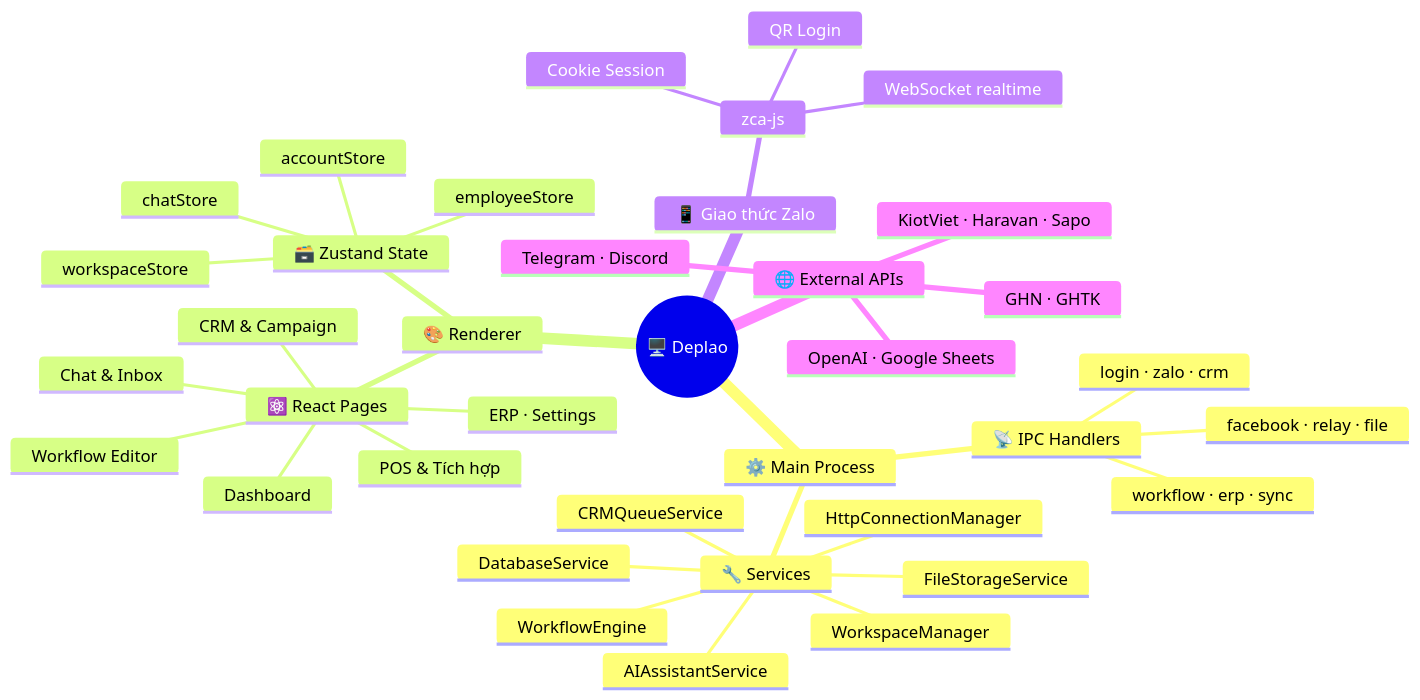
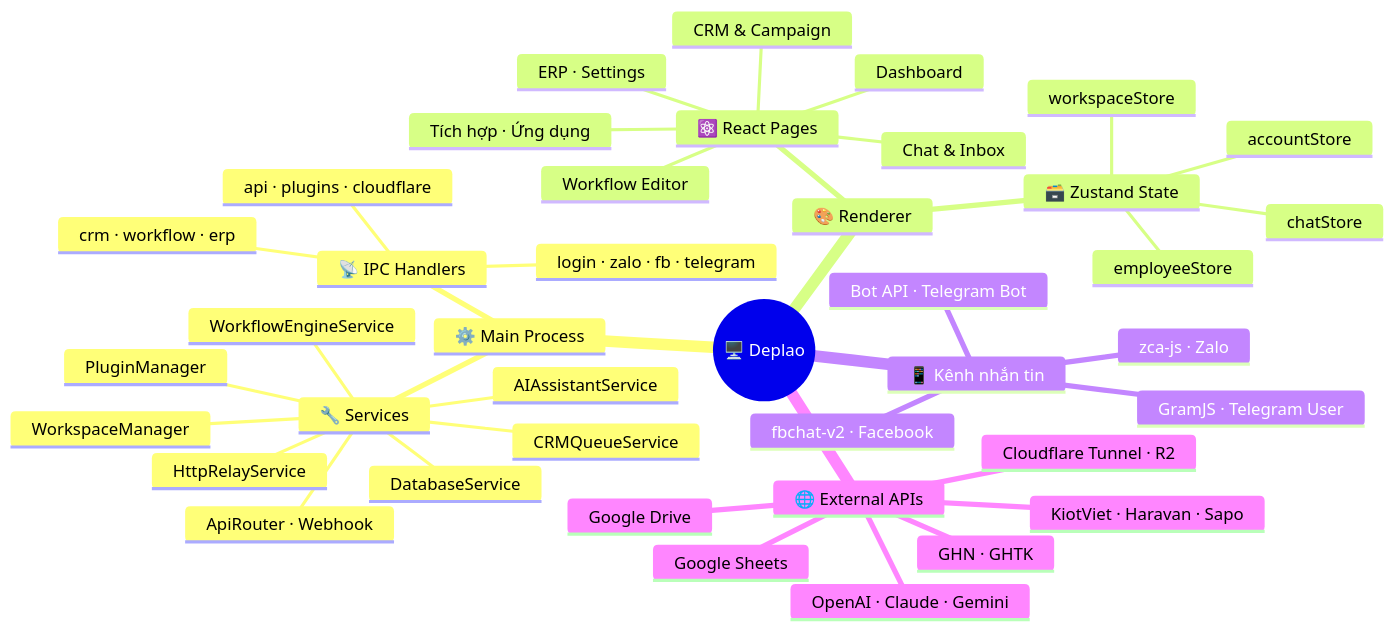
Before and after one commit to zqf20096327/ai_collect: the second of 4 diagrams in data/readmes/babyvibe__deplao-builder.md, drawn with Mermaid. The commit also changed other lines of this file and 2035 other files, not shown here.

````diff
--- a/data/readmes/babyvibe__deplao-builder.md
+++ b/data/readmes/babyvibe__deplao-builder.md
@@ -239,40 +250,43 @@
 ```mermaid
 mindmap
   root((🖥️ Deplao))
     ⚙️ Main Process
       📡 IPC Handlers
-        login · zalo · crm
-        workflow · erp · sync
-        facebook · relay · file
+        login · zalo · fb · telegram
+        crm · workflow · erp
+        api · plugins · cloudflare
       🔧 Services
         DatabaseService
         WorkspaceManager
-        WorkflowEngine
+        WorkflowEngineService
         CRMQueueService
-        HttpConnectionManager
-        FileStorageService
+        HttpRelayService
+        ApiRouter · Webhook
+        PluginManager
         AIAssistantService
     🎨 Renderer
       ⚛️ React Pages
         Dashboard
         Chat & Inbox
         CRM & Campaign
         Workflow Editor
-        POS & Tích hợp
+        Tích hợp · Ứng dụng
         ERP · Settings
       🗃️ Zustand State
         accountStore
         chatStore
         workspaceStore
         employeeStore
-    📱 Giao thức Zalo
-      zca-js
-        QR Login
-        Cookie Session
-        WebSocket realtime
+    📱 Kênh nhắn tin
+      zca-js · Zalo
+      fbchat-v2 · Facebook
+      GramJS · Telegram User
+      Bot API · Telegram Bot
     🌐 External APIs
-      OpenAI · Google Sheets
-      Telegram · Discord
+      OpenAI · Claude · Gemini
+      Google Sheets
       KiotViet · Haravan · Sapo
       GHN · GHTK
+      Cloudflare Tunnel · R2
+      Google Drive
 ```
````
